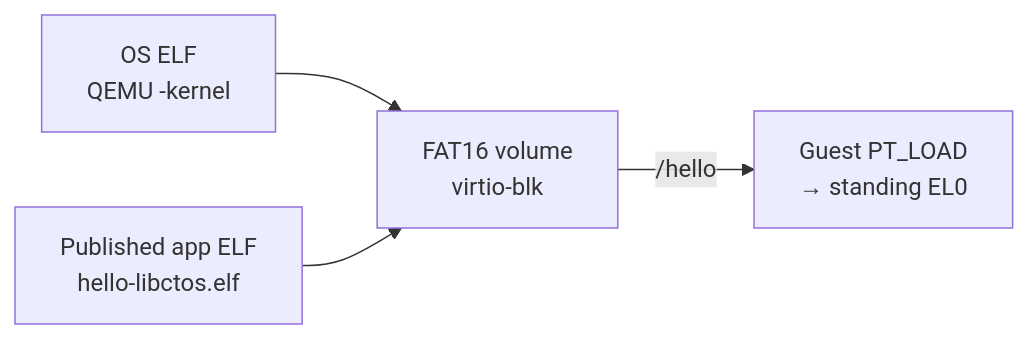
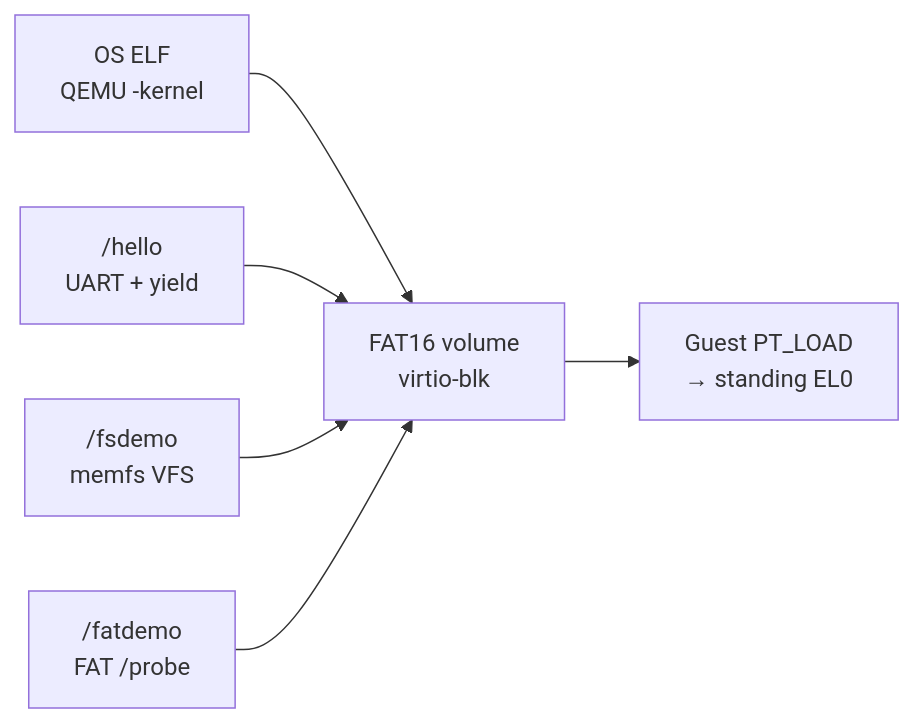
Before and after one commit to artofdream/ctos: the fourth of 5 diagrams in docs/02-architecture/technical-architecture.md, drawn with Mermaid. The commit also changed other lines of this file and 7 other files, not shown here.

````diff
--- a/docs/02-architecture/technical-architecture.md
+++ b/docs/02-architecture/technical-architecture.md
@@ -74,6 +74,8 @@
 ```mermaid
 flowchart LR
   OS["OS ELF<br/>QEMU -kernel"] --> FAT["FAT16 volume<br/>virtio-blk"]
-  APP["Published app ELF<br/>hello-libctos.elf"] --> FAT
-  FAT -->|"/hello"| LOAD["Guest PT_LOAD<br/>→ standing EL0"]
+  H["/hello<br/>UART + yield"] --> FAT
+  F["/fsdemo<br/>memfs VFS"] --> FAT
+  D["/fatdemo<br/>FAT /probe"] --> FAT
+  FAT --> LOAD["Guest PT_LOAD<br/>→ standing EL0"]
 ```
````
